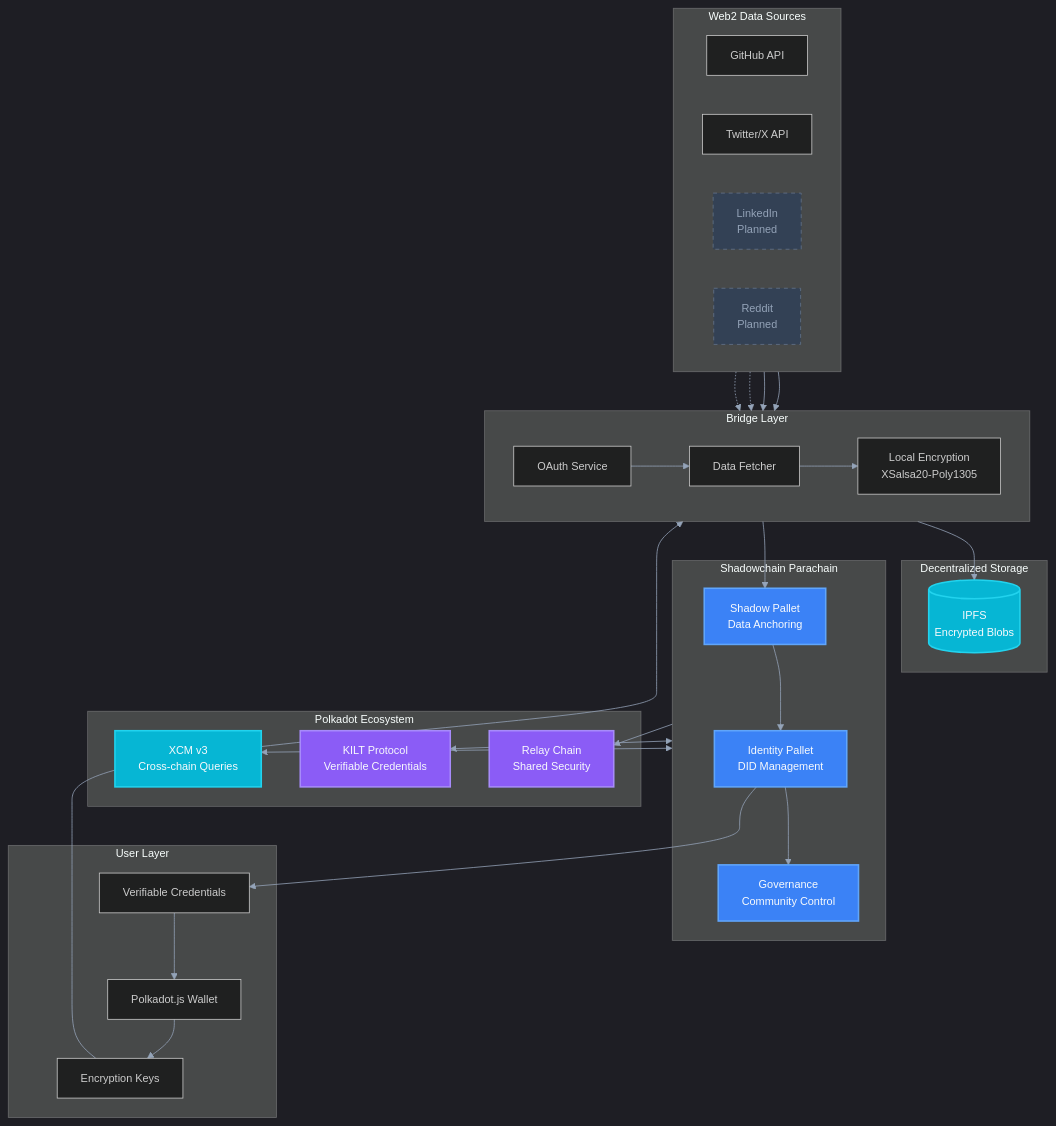
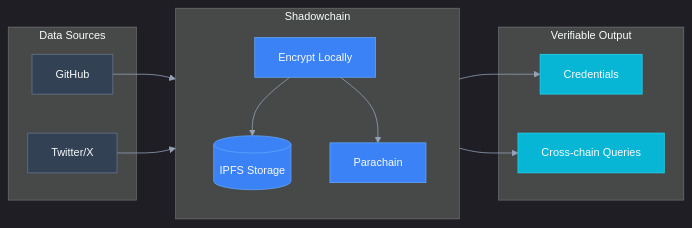
One commit to tufstraka/shadowchain changed the first of 2 diagrams in README.md. Above: the diagram before and after it, drawn with Mermaid. The commit also changed other lines of this file, not shown here.

````diff
--- a/README.md
+++ b/README.md
@@ -109,73 +31,35 @@
 ```mermaid
-%%{init: {'theme':'dark', 'themeVariables': { 'primaryColor':'#3b82f6','primaryTextColor':'#f8fafc','primaryBorderColor':'#60a5fa','lineColor':'#94a3b8','secondaryColor':'#06b6d4','tertiaryColor':'#475569','fontSize':'14px','fontFamily':'ui-sans-serif, system-ui, sans-serif'}}}%%
-graph TB
-    subgraph sources["Web2 Data Sources"]
-        direction LR
-        gh[GitHub API]
-        tw[Twitter/X API]
-        li[LinkedIn<br/>Planned]
-        rd[Reddit<br/>Planned]
+%%{init: {'theme':'dark', 'themeVariables': { 'primaryColor':'#3b82f6','primaryTextColor':'#f8fafc','primaryBorderColor':'#60a5fa','lineColor':'#94a3b8','secondaryColor':'#06b6d4','tertiaryColor':'#8b5cf6','fontSize':'14px'}}}%%
+flowchart LR
+    subgraph sources["Data Sources"]
+        GH[GitHub]
+        TW[Twitter/X]
     end
     
-    subgraph bridge["Bridge Layer"]
-        direction LR
-        oauth[OAuth Service]
-        fetch[Data Fetcher]
-        encrypt[Local Encryption<br/>XSalsa20-Poly1305]
+    subgraph shadow["Shadowchain"]
+        direction TB
+        ENC[Encrypt Locally]
+        IPFS[(IPFS Storage)]
+        CHAIN[Parachain]
     end
     
-    subgraph storage["Decentralized Storage"]
-        ipfs[(IPFS<br/>Encrypted Blobs)]
+    subgraph output["Verifiable Output"]
+        CREDS[Credentials]
+        XCM[Cross-chain Queries]
     end
     
-    subgraph chain["Shadowchain Parachain"]
-        shadow[Shadow Pallet<br/>Data Anchoring]
-        identity[Identity Pallet<br/>DID Management]
-        gov[Governance<br/>Community Control]
-    end
+    GH --> ENC
+    TW --> ENC
+    ENC --> IPFS
+    ENC --> CHAIN
+    CHAIN --> CREDS
+    CHAIN --> XCM
     
-    subgraph polkadot["Polkadot Ecosystem"]
-        relay[Relay Chain<br/>Shared Security]
-        kilt[KILT Protocol<br/>Verifiable Credentials]
-        xcm[XCM v3<br/>Cross-chain Queries]
-    end
+    classDef source fill:#334155,stroke:#64748b,color:#f8fafc
+    classDef core fill:#3b82f6,stroke:#60a5fa,color:#f8fafc
+    classDef out fill:#06b6d4,stroke:#22d3ee,color:#f8fafc
     
-    subgraph user["User Layer"]
-        wallet[Polkadot.js Wallet]
-        keys[Encryption Keys]
-        creds[Verifiable Credentials]
-    end
-    
-    gh --> oauth
-    tw --> oauth
-    li -.-> oauth
-    rd -.-> oauth
-    
-    oauth --> fetch
-    fetch --> encrypt
-    
-    encrypt --> ipfs
-    encrypt --> shadow
-    
-    shadow --> identity
-    identity --> gov
-    
-    chain --> relay
-    chain <--> kilt
-    chain <--> xcm
-    
-    wallet --> keys
-    keys --> encrypt
-    identity --> creds
-    creds --> wallet
-    
-    classDef planned fill:#334155,stroke:#64748b,stroke-dasharray: 5 5,color:#94a3b8
-    classDef primary fill:#3b82f6,stroke:#60a5fa,color:#f8fafc,stroke-width:2px
-    classDef secondary fill:#06b6d4,stroke:#22d3ee,color:#f8fafc,stroke-width:2px
-    classDef tertiary fill:#8b5cf6,stroke:#a78bfa,color:#f8fafc,stroke-width:2px
-    
-    class li,rd planned
-    class shadow,identity,gov primary
-    class ipfs,xcm secondary
-    class relay,kilt tertiary
+    class GH,TW source
+    class ENC,IPFS,CHAIN core
+    class CREDS,XCM out
 ```
````
